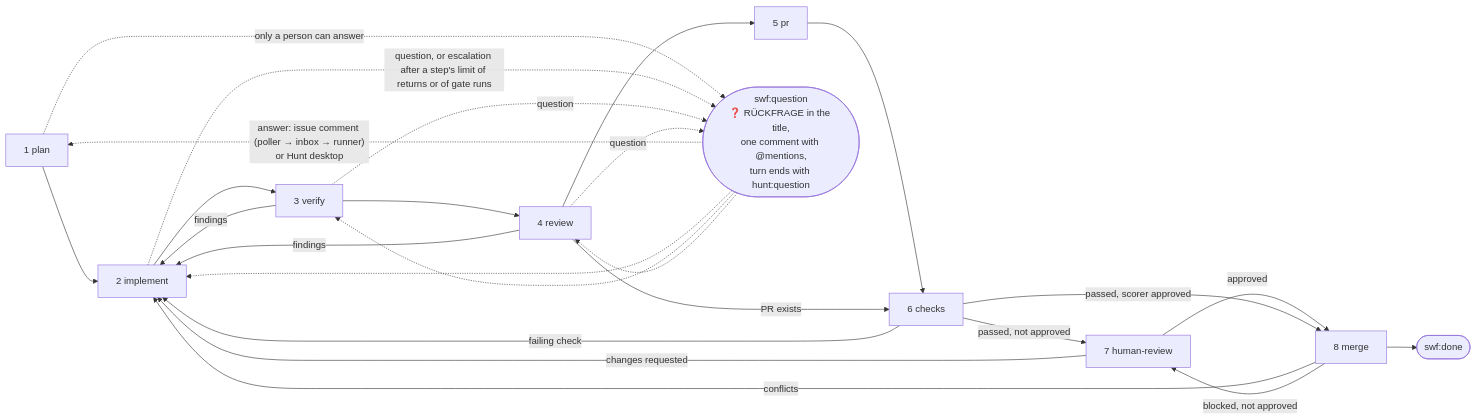
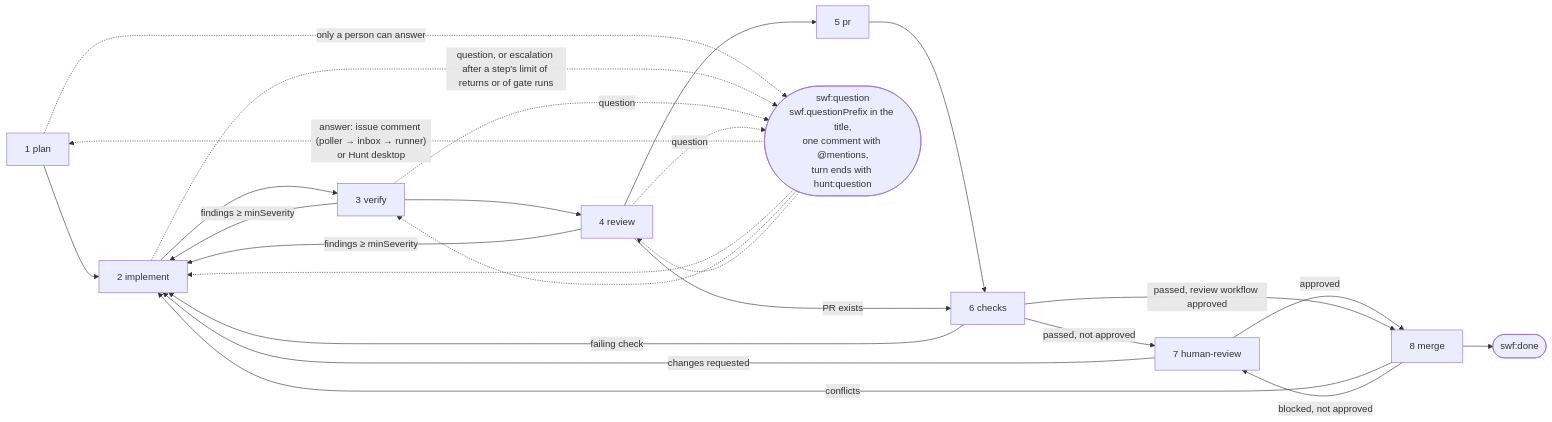
Before and after one commit to unshoppable/hunt: the diagram in libs/domain/prompts/swf/README.md, drawn with Mermaid. The commit also changed other lines of this file and 55 other files, not shown here.

First line of the commit message:
feat(swf): severity-scored findings and repository-owned workflow settings in hunt.json

````diff
--- a/libs/domain/prompts/swf/README.md
+++ b/libs/domain/prompts/swf/README.md
@@ -50,24 +55,24 @@
 ```mermaid
 flowchart LR
     plan[1 plan] --> implement[2 implement] --> verify[3 verify] --> review[4 review] --> pr[5 pr] --> checks[6 checks]
-    verify -->|findings| implement
-    review -->|findings| implement
+    verify -->|findings ≥ minSeverity| implement
+    review -->|findings ≥ minSeverity| implement
     review -->|PR exists| checks
     checks -->|failing check| implement
     checks -->|passed, not approved| human[7 human-review] -->|approved| merge[8 merge]
-    checks -->|passed, scorer approved| merge
+    checks -->|passed, review workflow approved| merge
     human -->|changes requested| implement
     merge -->|conflicts| implement
     merge -->|blocked, not approved| human
     merge --> done([swf:done])
 
-    question([swf:question<br/>❓ RÜCKFRAGE in the title,<br/>one comment with @mentions,<br/>turn ends with hunt:question])
+    question([swf:question<br/>swf.questionPrefix in the title,<br/>one comment with @mentions,<br/>turn ends with hunt:question])
     plan -. "only a person can answer" .-> question
     implement -. "question, or escalation after a step's limit of returns or of gate runs" .-> question
     verify -. question .-> question
     review -. question .-> question
     question -. "answer: issue comment (poller → inbox → runner)<br/>or Hunt desktop" .-> plan
     question -.-> implement
     question -.-> verify
     question -.-> review
 ```
````
